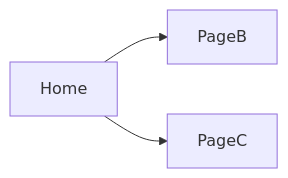
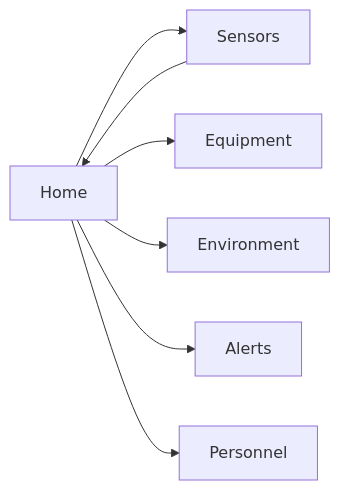
The diagram in project.md (Matt120056/Smart-Mine-Operations-Dashboard.), drawn with Mermaid before and after one commit. The commit also changed other lines of this file and 4 other files, not shown here.

````diff
--- a/project.md
+++ b/project.md
@@ -194,5 +191,9 @@
 ```mermaid
 flowchart LR
-    Home --> PageB
-    Home --> PageC
+    Home --> Sensors
+    Home --> Equipment
+    Home --> Environment
+    Home --> Alerts
+    Home --> Personnel
+    Sensors --> Home
 ```
````
